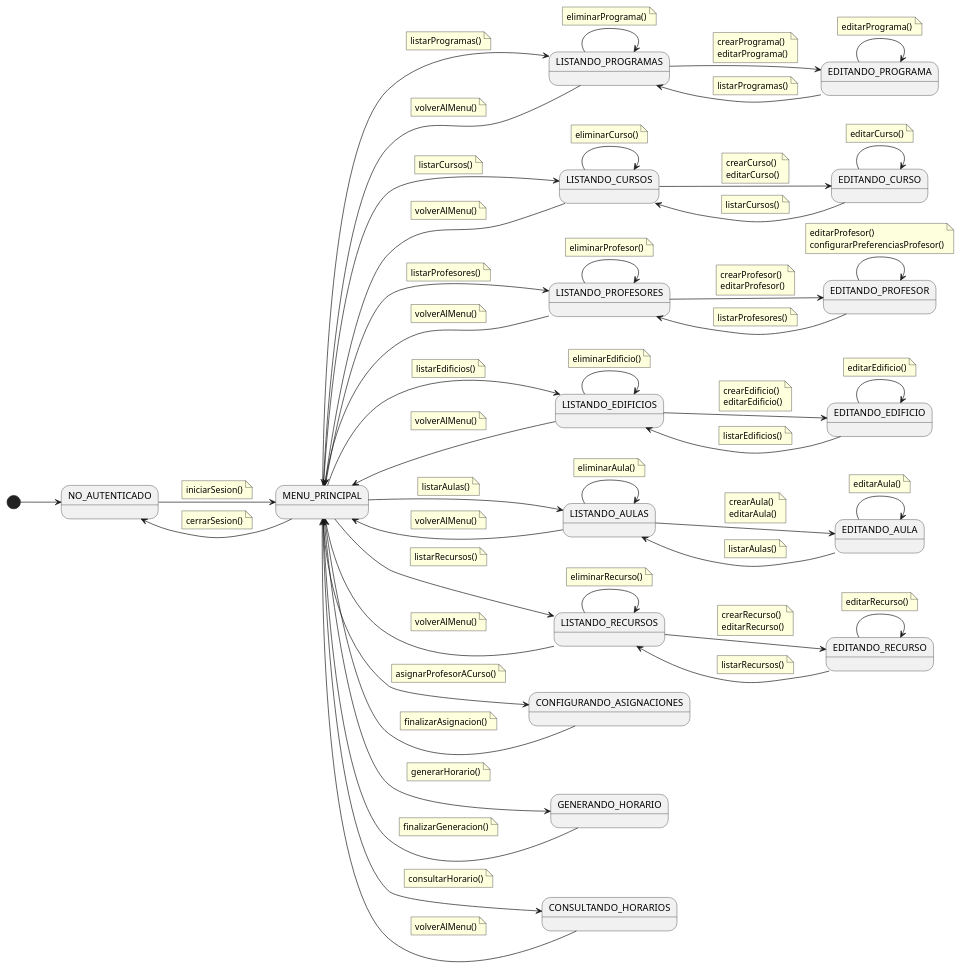
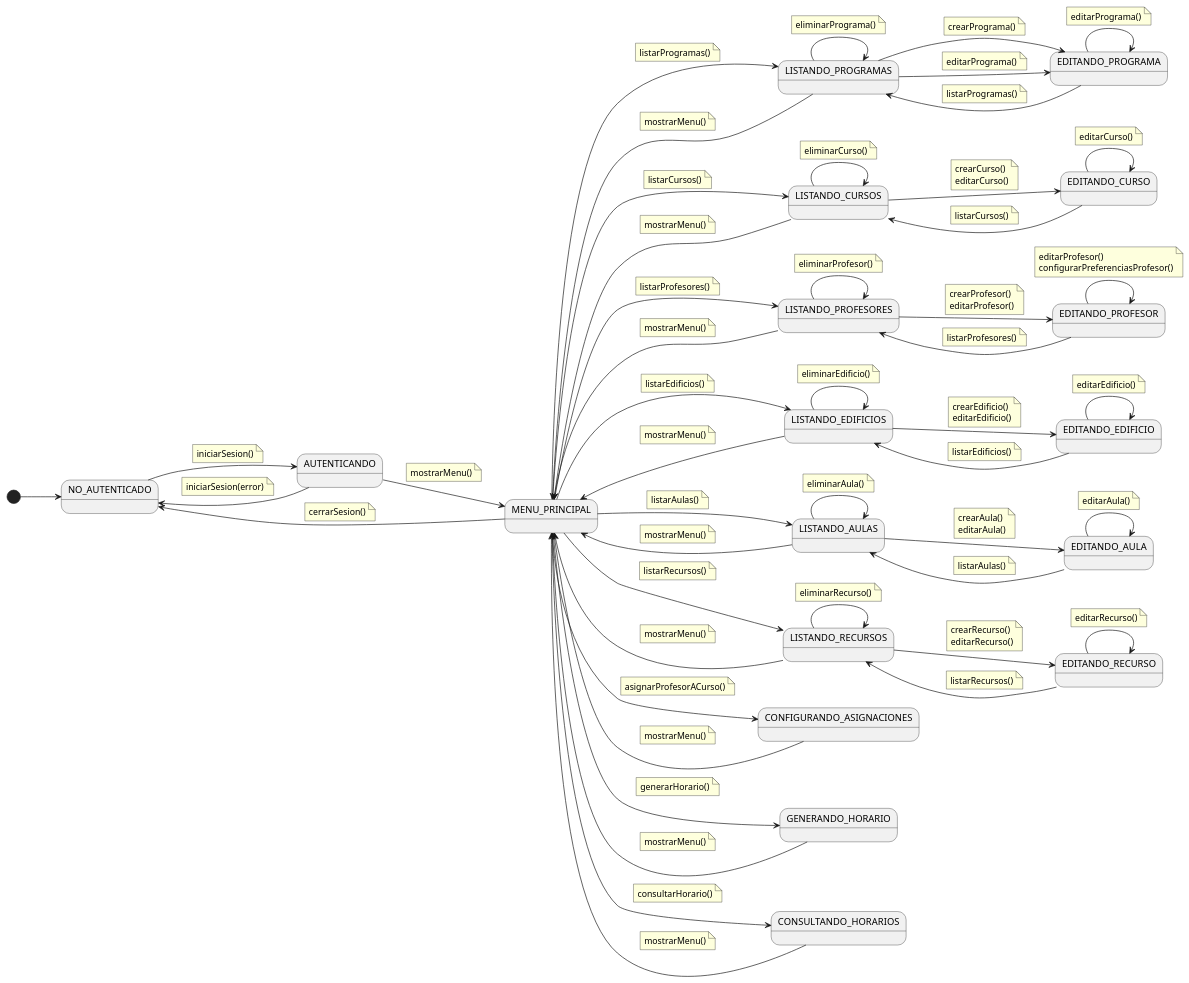
The diagram in 01-Inception/diagrama-contexto/diagrama-contexto-administrador.puml (Hexcss/scheduler), drawn with PlantUML before and after one commit. The commit also changed 2 other files, not shown here.

Commit message:
refactor:mejora en diagrama de contexto para evitar ambiguedad en los cambios de estado

```diff
--- a/01-Inception/diagrama-contexto/diagrama-contexto-administrador.puml
+++ b/01-Inception/diagrama-contexto/diagrama-contexto-administrador.puml
@@ -3,6 +3,7 @@
 left to right direction
 
 state "NO_AUTENTICADO" as NoAuth
+state "AUTENTICANDO" as PreMenu
 state "MENU_PRINCIPAL" as Menu
 
 state "LISTANDO_PROGRAMAS" as ListProgramas
@@ -24,9 +25,19 @@
 
 [*] --> NoAuth
 
-NoAuth --> Menu
+PreMenu --> NoAuth
+    note on link
+        iniciarSesion(error)
+    end note
+
+NoAuth --> PreMenu
     note on link
         iniciarSesion()
+    end note
+
+PreMenu --> Menu
+    note on link
+        mostrarMenu()
     end note
 
 Menu --> NoAuth
@@ -82,6 +93,10 @@
 ListProgramas --> EditPrograma
     note on link
         crearPrograma()
+    end note
+
+ListProgramas --> EditPrograma
+    note on link
         editarPrograma()
     end note
 
@@ -208,47 +223,47 @@
 
 ListProgramas --> Menu
     note on link
-        volverAlMenu()
+        mostrarMenu()
     end note
 
 ListCursos --> Menu
     note on link
-        volverAlMenu()
+        mostrarMenu()
     end note
 
 ListProfesores --> Menu
     note on link
-        volverAlMenu()
+        mostrarMenu()
     end note
 
 ListEdificios --> Menu
     note on link
-        volverAlMenu()
+        mostrarMenu()
     end note
 
 ListAulas --> Menu
     note on link
-        volverAlMenu()
+        mostrarMenu()
     end note
 
 ListRecursos --> Menu
     note on link
-        volverAlMenu()
+        mostrarMenu()
     end note
 
 Asignaciones --> Menu
     note on link
-        finalizarAsignacion()
+        mostrarMenu()
     end note
 
 Generacion --> Menu
     note on link
-        finalizarGeneracion()
+        mostrarMenu()
     end note
 
 Consulta --> Menu
     note on link
-        volverAlMenu()
+        mostrarMenu()
     end note
 
 @enduml
```
